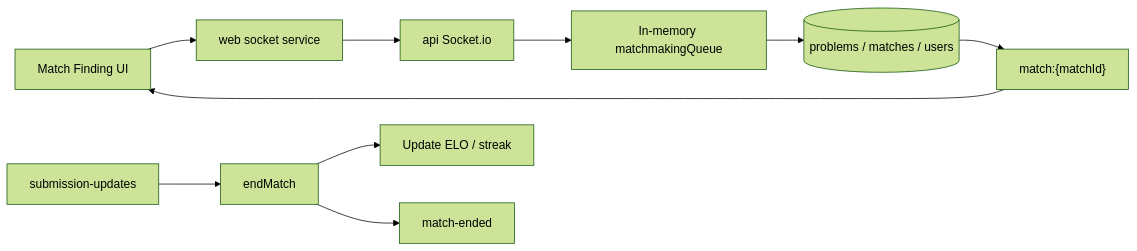
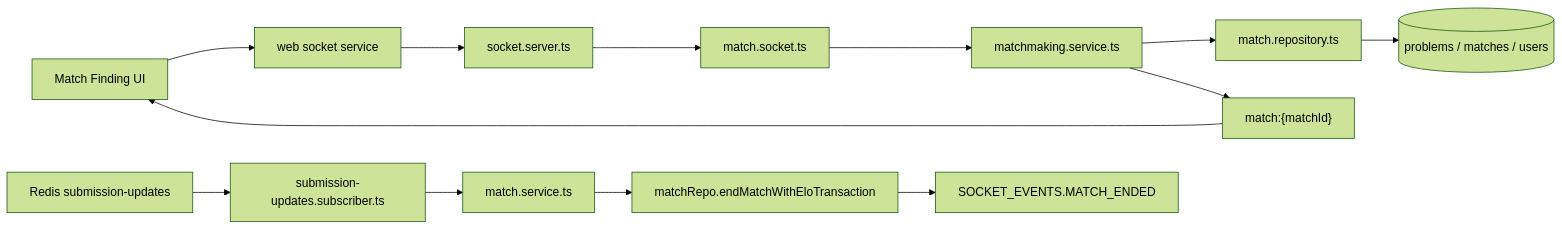
Before and after one commit to jack1e2401/fessior: the fourth of 4 diagrams in docs/feature-flows.md, drawn with Mermaid (forest theme). The commit also changed other lines of this file and 55 other files, not shown here.

````diff
--- a/docs/feature-flows.md
+++ b/docs/feature-flows.md
@@ -83,12 +94,15 @@
 ```mermaid
 flowchart LR
   FE[Match Finding UI] --> SocketClient[web socket service]
-  SocketClient --> SocketServer[api Socket.io]
-  SocketServer --> Queue[In-memory matchmakingQueue]
-  Queue --> MySQL[(problems / matches / users)]
-  MySQL --> Room["match:{matchId}"]
+  SocketClient --> SocketServer[socket.server.ts]
+  SocketServer --> SocketAdapter[match.socket.ts]
+  SocketAdapter --> MatchmakingService[matchmaking.service.ts]
+  MatchmakingService --> MatchRepo[match.repository.ts]
+  MatchRepo --> MySQL[(problems / matches / users)]
+  MatchmakingService --> Room["match:{matchId}"]
   Room --> FE
-  JudgeUpdate[submission-updates] --> EndMatch[endMatch]
-  EndMatch --> Elo[Update ELO / streak]
-  EndMatch --> Emit[match-ended]
+  JudgeUpdate[Redis submission-updates] --> SubAdapter[submission-updates.subscriber.ts]
+  SubAdapter --> MatchService[match.service.ts]
+  MatchService --> EndMatch[matchRepo.endMatchWithEloTransaction]
+  EndMatch --> Emit[SOCKET_EVENTS.MATCH_ENDED]
 ```
````
